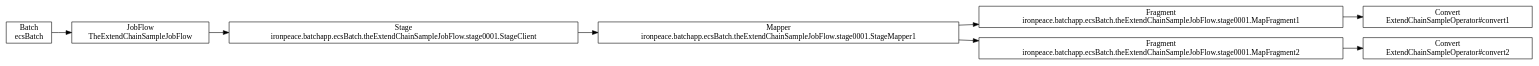
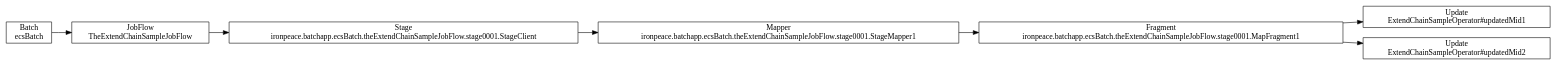
The diagram in target/batchc/ecsBatch/opt/dsl-analysis/batch/compiled-structure.dot (ironpeace/AsakusaExtendChainSample), drawn with Graphviz before and after one commit. The commit also changed 34 other files, not shown here.

```diff
--- a/target/batchc/ecsBatch/opt/dsl-analysis/batch/compiled-structure.dot
+++ b/target/batchc/ecsBatch/opt/dsl-analysis/batch/compiled-structure.dot
@@ -1,18 +1,16 @@
 digraph {
     rankdir = LR;
-    "44dc4a07-2c90-4a3a-b881-7f6fb8243245" [shape=box, label="Batch\necsBatch"];
-    "0194347b-5e79-4199-96d9-2352ba5e050e" [shape=box, label="JobFlow\nTheExtendChainSampleJobFlow"];
-    "1d36ee10-6f1c-4a58-a977-c9a06a68ea9a" [shape=box, label="Stage\nironpeace.batchapp.ecsBatch.theExtendChainSampleJobFlow.stage0001.StageClient"];
-    "a5554f7b-8b96-4f02-ad35-d7e09ec437b6" [shape=box, label="Mapper\nironpeace.batchapp.ecsBatch.theExtendChainSampleJobFlow.stage0001.StageMapper1"];
-    "1d36ee10-6f1c-4a58-a977-c9a06a68ea9a" -> "a5554f7b-8b96-4f02-ad35-d7e09ec437b6";
-    "16cb106f-f133-48fa-8ef8-da8bb912d9cd" [shape=box, label="Fragment\nironpeace.batchapp.ecsBatch.theExtendChainSampleJobFlow.stage0001.MapFragment1"];
-    "d1802ca8-8138-4d61-99c5-2ee09fd9fa3b" [shape=box, label="Convert\nExtendChainSampleOperator#convert1"];
-    "16cb106f-f133-48fa-8ef8-da8bb912d9cd" -> "d1802ca8-8138-4d61-99c5-2ee09fd9fa3b";
-    "a5554f7b-8b96-4f02-ad35-d7e09ec437b6" -> "16cb106f-f133-48fa-8ef8-da8bb912d9cd";
-    "967fab6b-07f4-4ce6-ad36-fb166b57a5ee" [shape=box, label="Fragment\nironpeace.batchapp.ecsBatch.theExtendChainSampleJobFlow.stage0001.MapFragment2"];
-    "f0418922-4ede-49a5-8c67-78873582853b" [shape=box, label="Convert\nExtendChainSampleOperator#convert2"];
-    "967fab6b-07f4-4ce6-ad36-fb166b57a5ee" -> "f0418922-4ede-49a5-8c67-78873582853b";
-    "a5554f7b-8b96-4f02-ad35-d7e09ec437b6" -> "967fab6b-07f4-4ce6-ad36-fb166b57a5ee";
-    "0194347b-5e79-4199-96d9-2352ba5e050e" -> "1d36ee10-6f1c-4a58-a977-c9a06a68ea9a";
-    "44dc4a07-2c90-4a3a-b881-7f6fb8243245" -> "0194347b-5e79-4199-96d9-2352ba5e050e";
+    "802ca575-cd1e-408e-8d15-006b6f721a08" [shape=box, label="Batch\necsBatch"];
+    "cda668d4-7cc2-4c8a-b096-f1239f3eff1a" [shape=box, label="JobFlow\nTheExtendChainSampleJobFlow"];
+    "40d358f1-1b30-42bd-ae28-1eaf35b73ae5" [shape=box, label="Stage\nironpeace.batchapp.ecsBatch.theExtendChainSampleJobFlow.stage0001.StageClient"];
+    "3a8a7f68-09b7-482f-ae06-ebc0e4d1c0d6" [shape=box, label="Mapper\nironpeace.batchapp.ecsBatch.theExtendChainSampleJobFlow.stage0001.StageMapper1"];
+    "40d358f1-1b30-42bd-ae28-1eaf35b73ae5" -> "3a8a7f68-09b7-482f-ae06-ebc0e4d1c0d6";
+    "48ce0b0d-695b-4d01-813f-e4e9f55feeb9" [shape=box, label="Fragment\nironpeace.batchapp.ecsBatch.theExtendChainSampleJobFlow.stage0001.MapFragment1"];
+    "8a4363cf-8ece-481c-a567-2324c8f5b078" [shape=box, label="Update\nExtendChainSampleOperator#updatedMid1"];
+    "48ce0b0d-695b-4d01-813f-e4e9f55feeb9" -> "8a4363cf-8ece-481c-a567-2324c8f5b078";
+    "f6eee3df-f0ed-4cae-a1ba-51e9d9a511f6" [shape=box, label="Update\nExtendChainSampleOperator#updatedMid2"];
+    "48ce0b0d-695b-4d01-813f-e4e9f55feeb9" -> "f6eee3df-f0ed-4cae-a1ba-51e9d9a511f6";
+    "3a8a7f68-09b7-482f-ae06-ebc0e4d1c0d6" -> "48ce0b0d-695b-4d01-813f-e4e9f55feeb9";
+    "cda668d4-7cc2-4c8a-b096-f1239f3eff1a" -> "40d358f1-1b30-42bd-ae28-1eaf35b73ae5";
+    "802ca575-cd1e-408e-8d15-006b6f721a08" -> "cda668d4-7cc2-4c8a-b096-f1239f3eff1a";
 }
```
